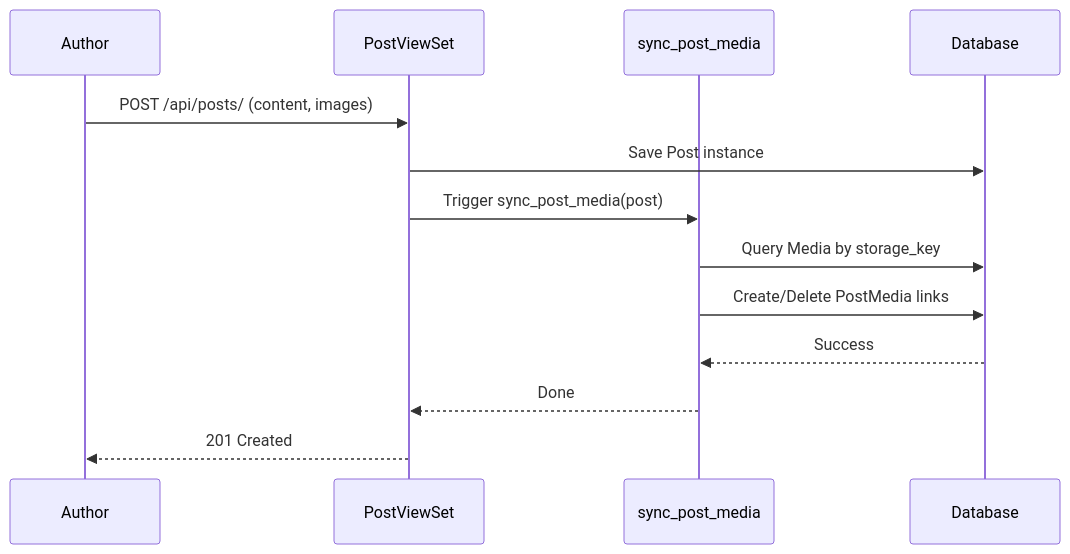
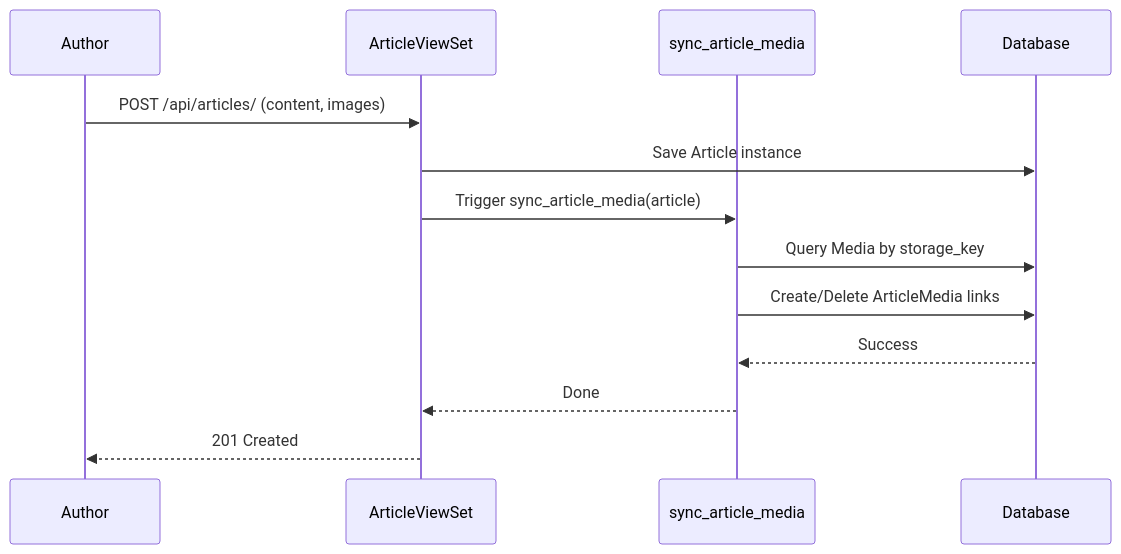
The seventh of 9 diagrams in docs/SYSTEM_DESIGN.md (amirhossein-moloki/Blog), drawn with Mermaid before and after one commit. The commit also changed other lines of this file and 23 other files, not shown here.

````diff
--- a/docs/SYSTEM_DESIGN.md
+++ b/docs/SYSTEM_DESIGN.md
@@ -262,16 +262,16 @@
 ```mermaid
 sequenceDiagram
     participant Author
-    participant API as PostViewSet
-    participant Service as sync_post_media
+    participant API as ArticleViewSet
+    participant Service as sync_article_media
     participant DB as Database
 
-    Author->>API: POST /api/posts/ (content, images)
-    API->>DB: Save Post instance
-    API->>Service: Trigger sync_post_media(post)
+    Author->>API: POST /api/articles/ (content, images)
+    API->>DB: Save Article instance
+    API->>Service: Trigger sync_article_media(article)
     Service->>DB: Query Media by storage_key
-    Service->>DB: Create/Delete PostMedia links
+    Service->>DB: Create/Delete ArticleMedia links
     DB-->>Service: Success
     Service-->>API: Done
     API-->>Author: 201 Created
 ```
````
